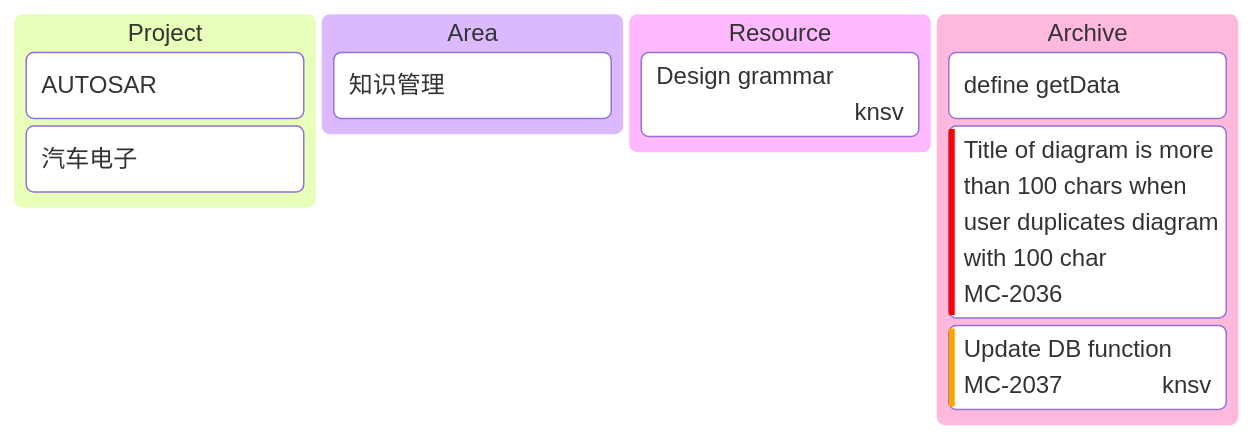
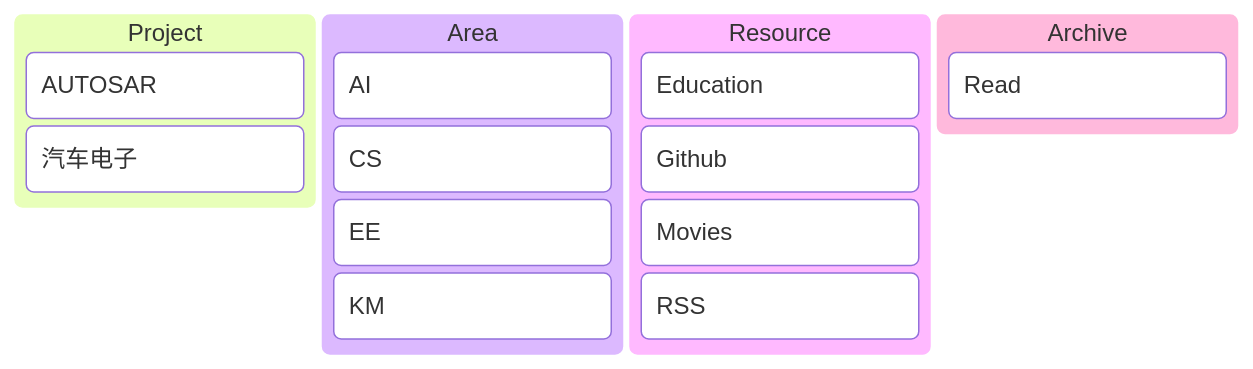
The diagram in content/index.md (ilikui/NotesBook), drawn with Mermaid before and after one commit. The commit also changed other lines of this file and 74 other files, not shown here.

````diff
--- a/content/index.md
+++ b/content/index.md
@@ -25,14 +25,19 @@
 ```mermaid
 kanban
   [Project]
     [AUTOSAR]
     [汽车电子]
   [Area]
-    [知识管理]
+    [AI]
+    [CS]
+    [EE]
+    [KM]
   [Resource]
-    id8[Design grammar]@{ assigned: 'knsv' }
+    [Education]
+    [Github]
+    [Movies]
+    [RSS]
   [Archive]
-    id5[define getData]
-    id2[Title of diagram is more than 100 chars when user duplicates diagram with 100 char]@{ ticket: MC-2036, priority: 'Very High'}
-    id3[Update DB function]@{ ticket: MC-2037, assigned: knsv, priority: 'High' }
+    [Read]
+
 ```
````
